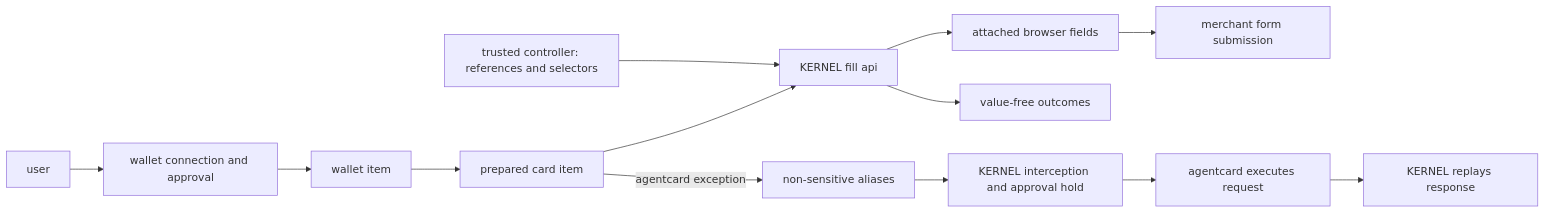
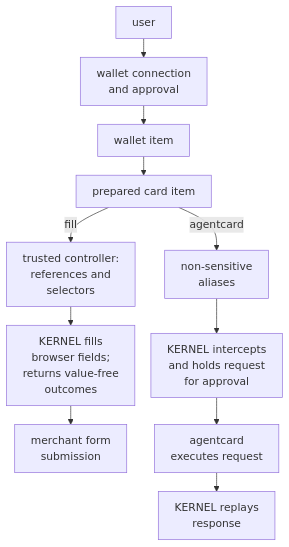
The diagram in browsers/payments.mdx (kernel/docs), drawn with Mermaid before and after one commit. The commit also changed other lines of this file and 6 other files, not shown here.

First line of the commit message:
Document the Kernel card provider and simplify wallet selection (#718)

````diff
--- a/browsers/payments.mdx
+++ b/browsers/payments.mdx
@@ -32,15 +32,14 @@
 ```mermaid
-flowchart LR
-  U[user] --> H[wallet connection and approval]
+%%{init: {"flowchart": {"nodeSpacing": 24, "rankSpacing": 28, "padding": 12}}}%%
+flowchart TD
+  U[user] --> H["wallet connection<br/>and approval"]
   H --> W[wallet item]
   W --> C[prepared card item]
-  C --> F["KERNEL fill api"]
-  T[trusted controller: references and selectors] --> F
-  F --> B[attached browser fields]
-  F --> O[value-free outcomes]
-  B --> S[merchant form submission]
-  C -->|agentcard exception| A[non-sensitive aliases]
-  A --> E[KERNEL interception and approval hold]
-  E --> X[agentcard executes request]
-  X --> R[KERNEL replays response]
+  C -->|fill| T["trusted controller:<br/>references and<br/>selectors"]
+  T --> F["KERNEL fills<br/>browser fields;<br/>returns value-free<br/>outcomes"]
+  F --> S["merchant form<br/>submission"]
+  C -->|agentcard| A["non-sensitive<br/>aliases"]
+  A --> E["KERNEL intercepts<br/>and holds request<br/>for approval"]
+  E --> X["agentcard<br/>executes request"]
+  X --> R["KERNEL replays<br/>response"]
 ```
````
